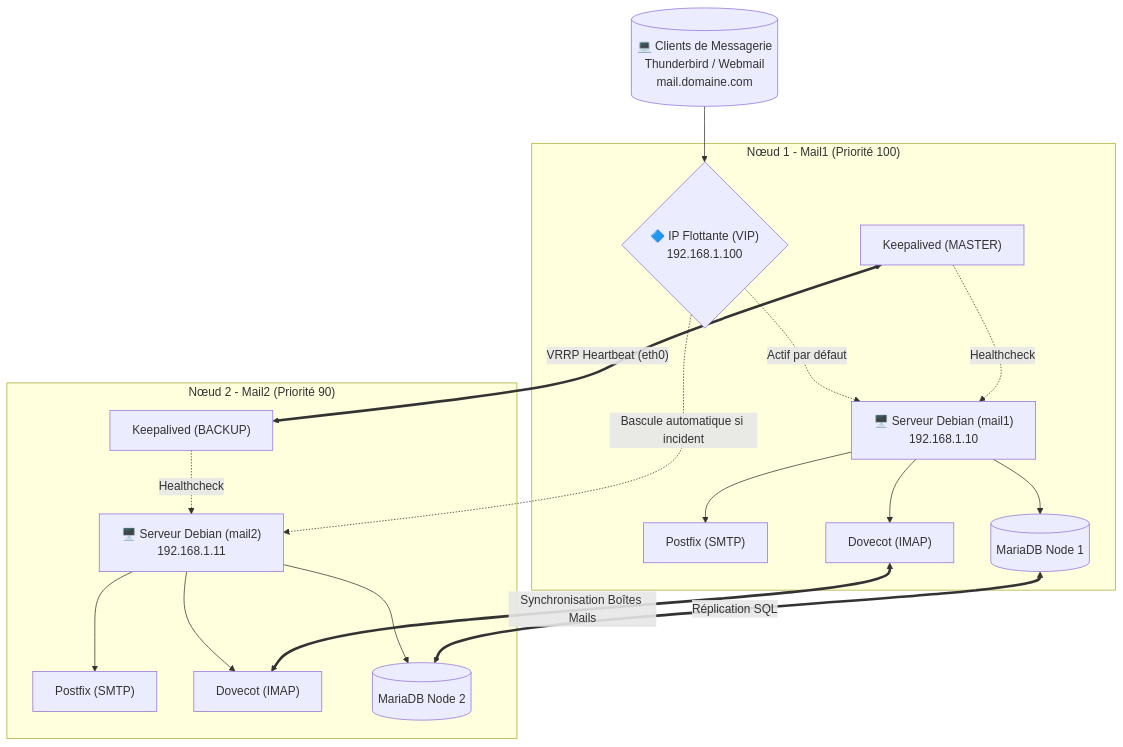
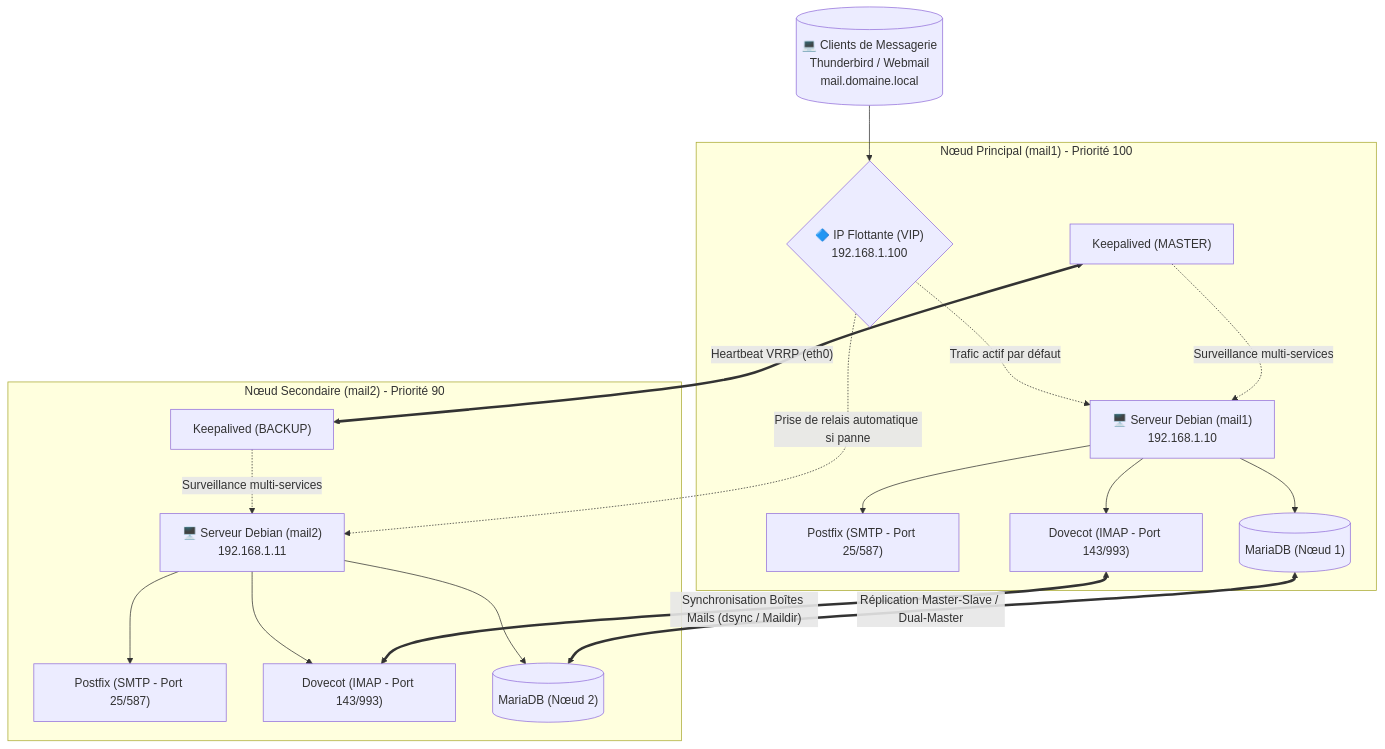
One commit to ratovoarisoaricardo/Mail-Redundancy-System changed the first of 2 diagrams in README.md. Above: the diagram before and after it, drawn with Mermaid. The commit also changed other lines of this file, not shown here.

````diff
--- a/README.md
+++ b/README.md
@@ -62,24 +20,24 @@
 ```mermaid
 graph TD
-    Client[("💻 Clients de Messagerie<br/>Thunderbird / Webmail<br/>mail.domaine.com")] --> VIP{"🔷 IP Flottante (VIP)<br/>192.168.1.100"}
+    Client[("💻 Clients de Messagerie<br/>Thunderbird / Webmail<br/>mail.domaine.local")] --> VIP{"🔷 IP Flottante (VIP)<br/>192.168.1.100"}
 
-    subgraph "Nœud 1 - Mail1 (Priorité 100)"
-        VIP -.->|Actif par défaut| Node1["🖥️ Serveur Debian (mail1)<br/>192.168.1.10"]
-        Node1 --> Postfix1["Postfix (SMTP)"]
-        Node1 --> Dovecot1["Dovecot (IMAP)"]
-        Node1 --> DB1[("MariaDB Node 1")]
-        Keep1["Keepalived (MASTER)"] -.->|Healthcheck| Node1
+    subgraph "Nœud Principal (mail1) - Priorité 100"
+        VIP -.->|Trafic actif par défaut| Node1["🖥️ Serveur Debian (mail1)<br/>192.168.1.10"]
+        Node1 --> Postfix1["Postfix (SMTP - Port 25/587)"]
+        Node1 --> Dovecot1["Dovecot (IMAP - Port 143/993)"]
+        Node1 --> DB1[("MariaDB (Nœud 1)")]
+        Keep1["Keepalived (MASTER)"] -.->|Surveillance multi-services| Node1
     end
 
-    subgraph "Nœud 2 - Mail2 (Priorité 90)"
-        VIP -.->|Bascule automatique si incident| Node2["🖥️ Serveur Debian (mail2)<br/>192.168.1.11"]
-        Node2 --> Postfix2["Postfix (SMTP)"]
-        Node2 --> Dovecot2["Dovecot (IMAP)"]
-        Node2 --> DB2[("MariaDB Node 2")]
-        Keep2["Keepalived (BACKUP)"] -.->|Healthcheck| Node2
+    subgraph "Nœud Secondaire (mail2) - Priorité 90"
+        VIP -.->|Prise de relais automatique si panne| Node2["🖥️ Serveur Debian (mail2)<br/>192.168.1.11"]
+        Node2 --> Postfix2["Postfix (SMTP - Port 25/587)"]
+        Node2 --> Dovecot2["Dovecot (IMAP - Port 143/993)"]
+        Node2 --> DB2[("MariaDB (Nœud 2)")]
+        Keep2["Keepalived (BACKUP)"] -.->|Surveillance multi-services| Node2
     end
 
-    DB1 <== "Réplication SQL" ==> DB2
-    Dovecot1 <== "Synchronisation Boîtes Mails" ==> Dovecot2
-    Keep1 <== "VRRP Heartbeat (eth0)" ==> Keep2
+    DB1 <== "Réplication Master-Slave / Dual-Master" ==> DB2
+    Dovecot1 <== "Synchronisation Boîtes Mails (dsync / Maildir)" ==> Dovecot2
+    Keep1 <== "Heartbeat VRRP (eth0)" ==> Keep2
 ```
````
